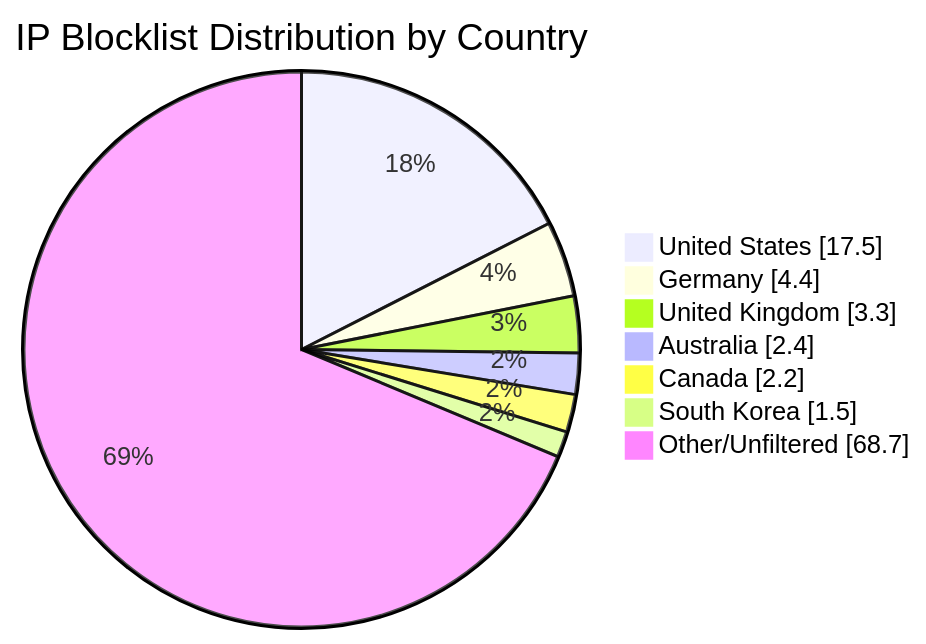
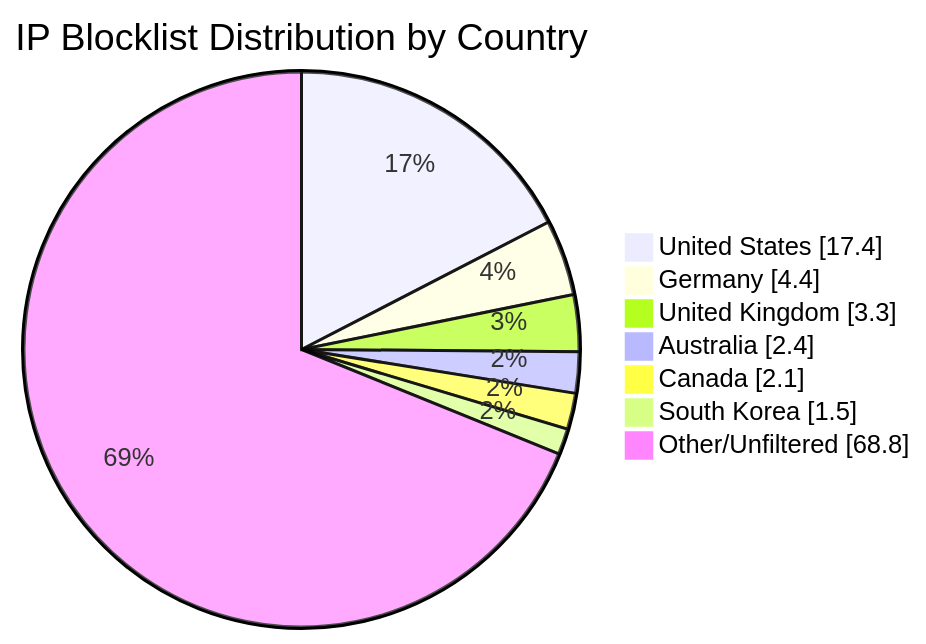
The diagram in README.md (MarcusHoltz/ipblocklist-geofiltered-aggregator), drawn with Mermaid before and after one commit. The commit also changed other lines of this file and 9 other files, not shown here.

````diff
--- a/README.md
+++ b/README.md
@@ -34,10 +34,10 @@
 ```mermaid
 pie showData title IP Blocklist Distribution by Country
-"United States" : 17.5
+"United States" : 17.4
 "Germany" : 4.4
 "United Kingdom" : 3.3
 "Australia" : 2.4
-"Canada" : 2.2
+"Canada" : 2.1
 "South Korea" : 1.5
-"Other/Unfiltered" : 68.7
+"Other/Unfiltered" : 68.8
 ```
````
